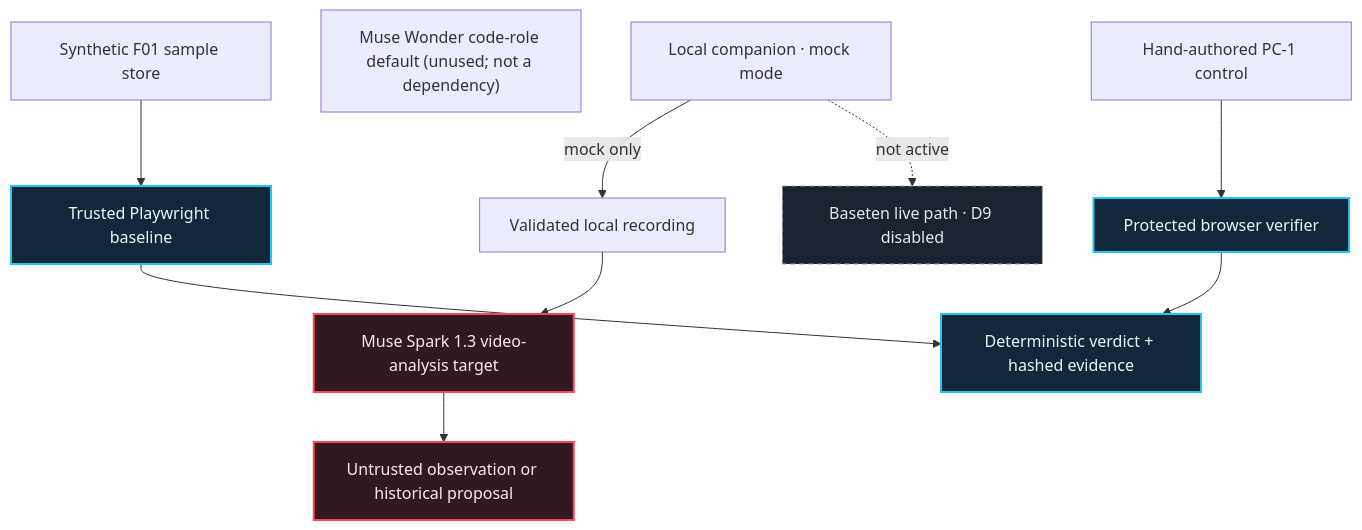
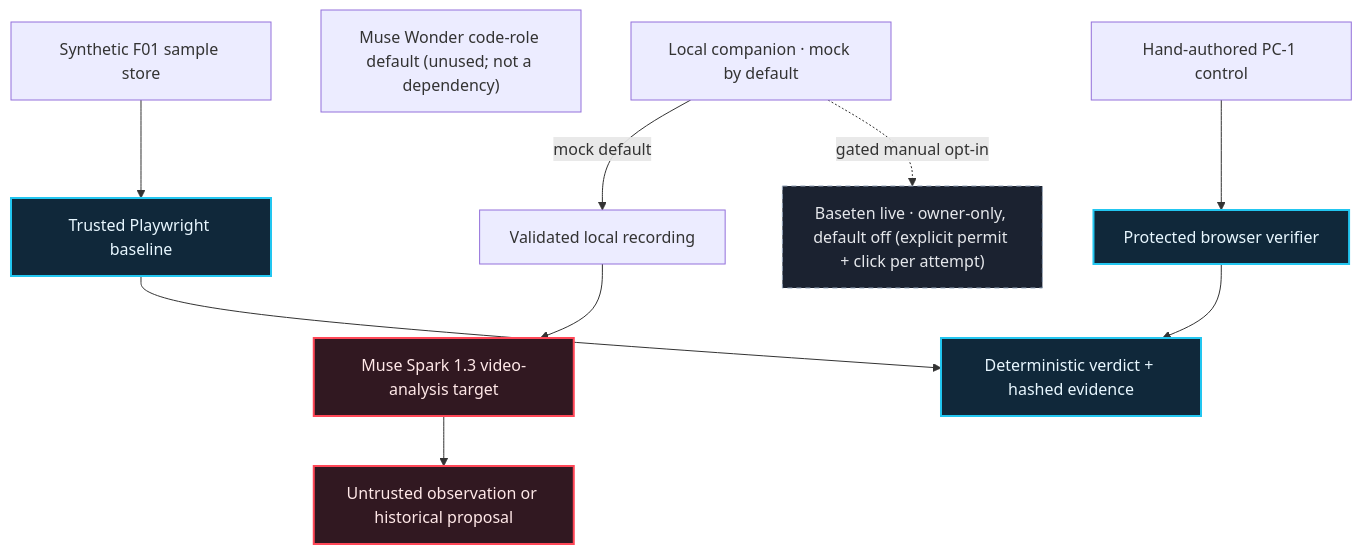
The diagram in README.md (mrdzyn/proofpilot-ai), drawn with Mermaid before and after one commit. The commit also changed 3 other files, not shown here.

Commit message:
docs: PR40 MINOR-D2/D3 remediation — README diagram gated wording, runbook finite-budget allocation rule

````diff
--- a/README.md
+++ b/README.md
@@ -73,27 +73,27 @@
 ```mermaid
 flowchart TB
     F["Synthetic F01 sample store"]
     O["Trusted Playwright baseline"]
     V["Validated local recording"]
     S["Muse Spark 1.3 video-analysis target"]
     H["Untrusted observation or historical proposal"]
     W["Muse Wonder code-role default (unused; not a dependency)"]
     C["Hand-authored PC-1 control"]
     R["Protected browser verifier"]
     E["Deterministic verdict + hashed evidence"]
-    L["Local companion · mock mode"]
-    B["Baseten live path · D9 disabled"]
+    L["Local companion · mock by default"]
+    B["Baseten live · owner-only, default off (explicit permit + click per attempt)"]
 
     F --> O --> E
     V --> S --> H
     C --> R --> E
-    L -->|"mock only"| V
-    L -. "not active" .-> B
+    L -->|"mock default"| V
+    L -. "gated manual opt-in" .-> B
 
     classDef trusted fill:#10283a,color:#e8f7ff,stroke:#22c6f0,stroke-width:2px
     classDef untrusted fill:#311821,color:#ffe8e8,stroke:#ff4757,stroke-width:2px
     classDef gated fill:#1b2230,color:#e5e7eb,stroke:#94a3b8,stroke-dasharray:5 4
     class O,R,E trusted
     class S,H untrusted
     class B gated
 ```
````
